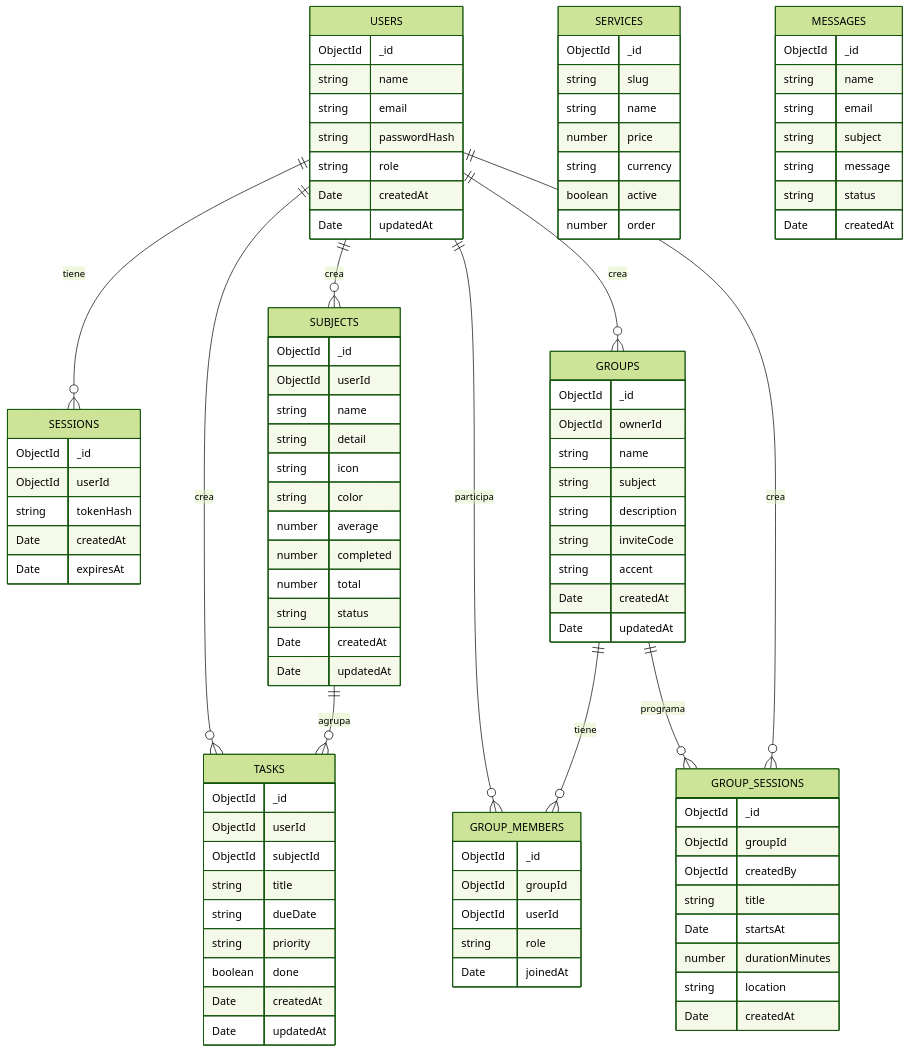
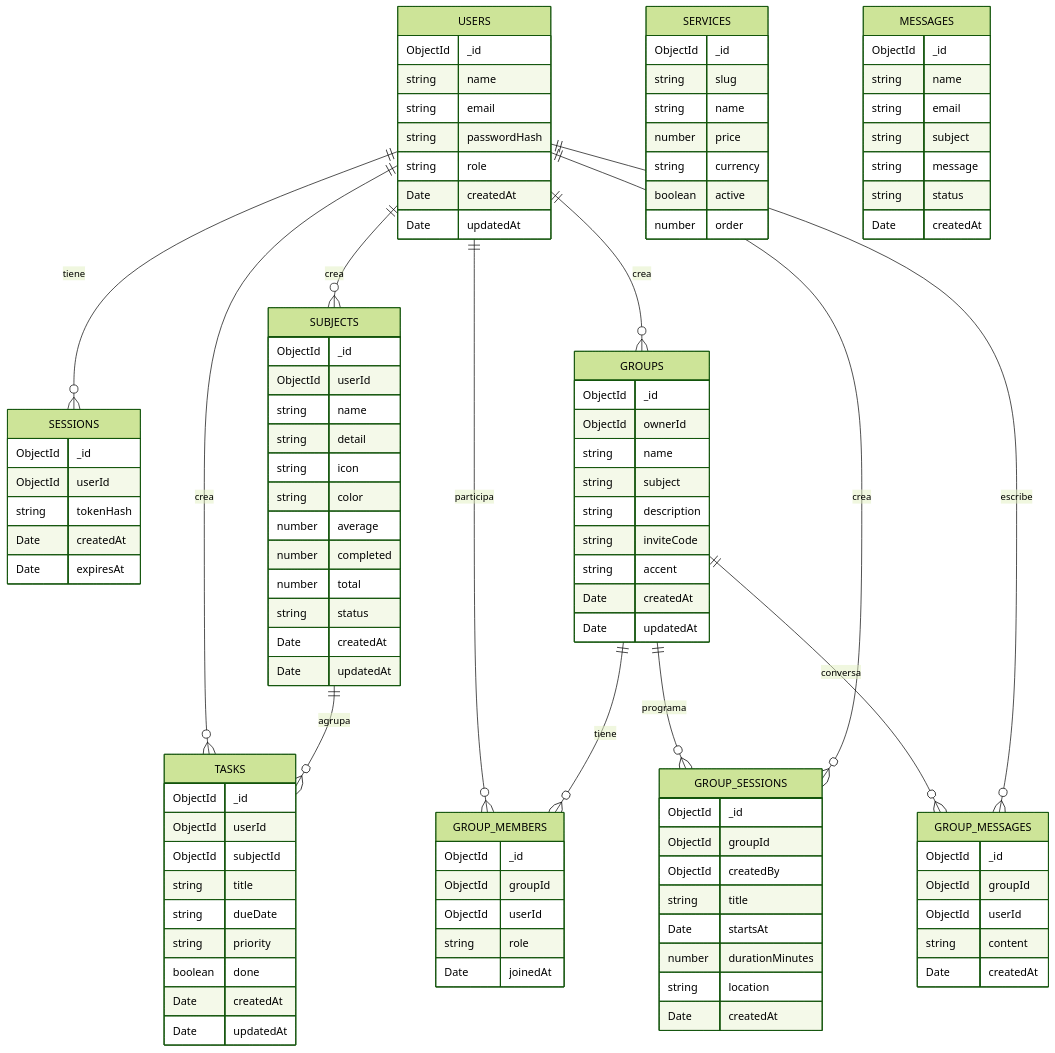
One commit to Daikiri-Alter-Account/Kiday-Academy changed the diagram in docs/base-de-datos.md. Above: the diagram before and after it, drawn with Mermaid (forest theme). The commit also changed other lines of this file and 7 other files, not shown here.

Commit message:
feat(groups): add group chat

````diff
--- a/docs/base-de-datos.md
+++ b/docs/base-de-datos.md
@@ -15,6 +15,8 @@
     GROUPS ||--o{ GROUP_MEMBERS : "tiene"
     GROUPS ||--o{ GROUP_SESSIONS : "programa"
     USERS ||--o{ GROUP_SESSIONS : "crea"
+    GROUPS ||--o{ GROUP_MESSAGES : "conversa"
+    USERS ||--o{ GROUP_MESSAGES : "escribe"
     USERS {
         ObjectId _id
         string name
@@ -102,4 +104,11 @@
         string location
         Date createdAt
     }
+    GROUP_MESSAGES {
+        ObjectId _id
+        ObjectId groupId
+        ObjectId userId
+        string content
+        Date createdAt
+    }
 ```
````
